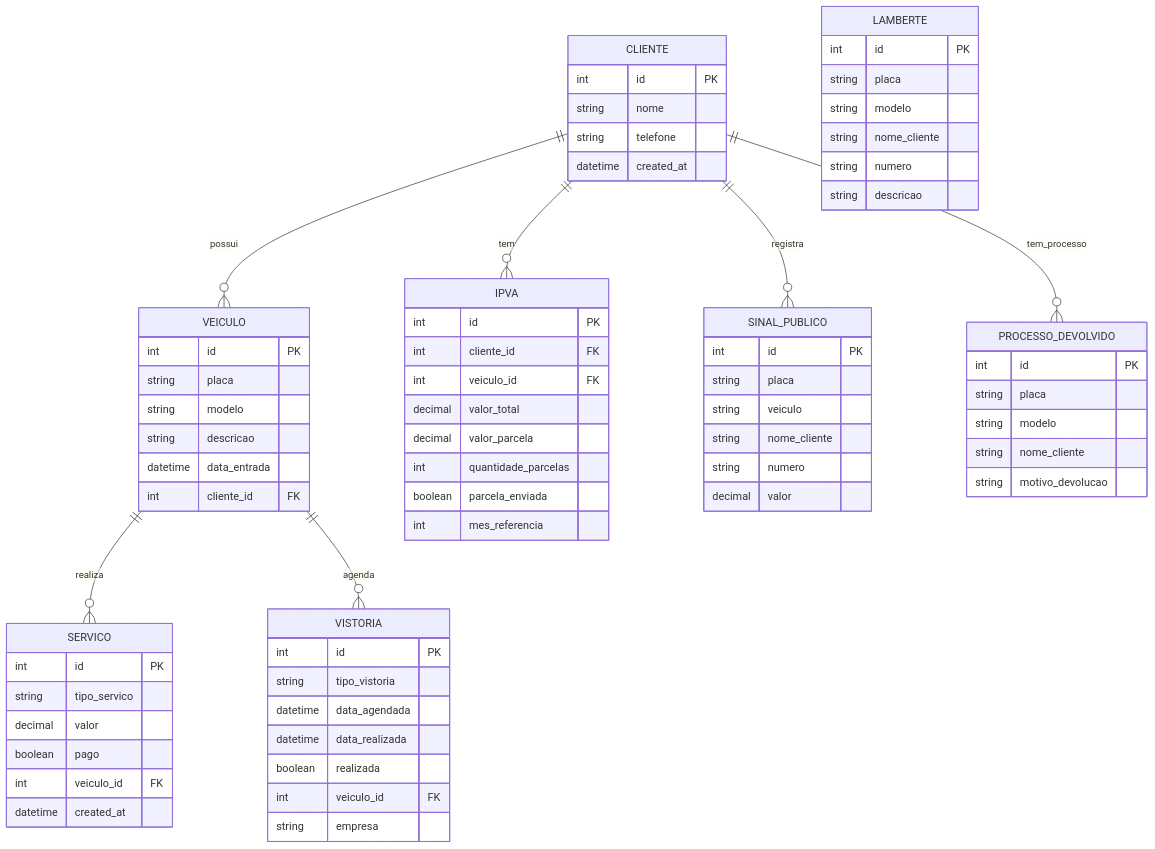
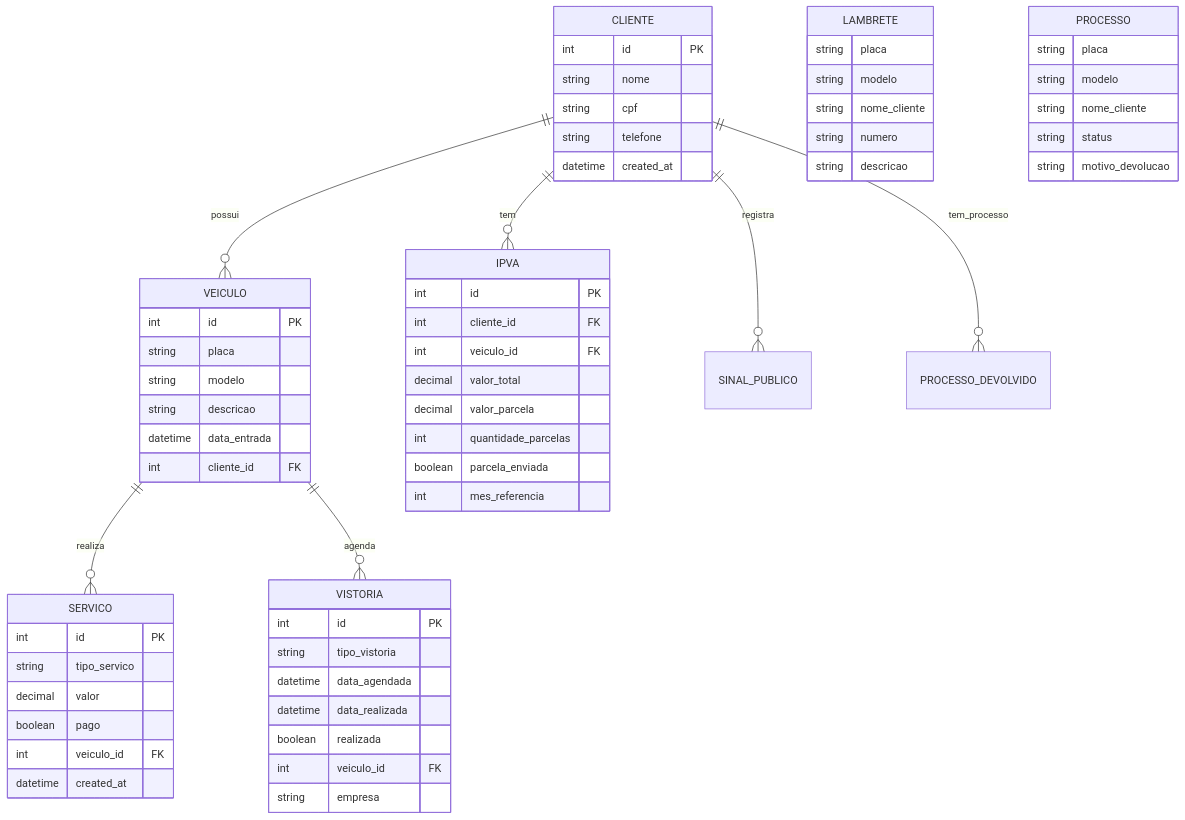
One commit to Annanicacio/Sistema-de-Gerenciamento changed the diagram in README.md. Above: the diagram before and after it, drawn with Mermaid.

````diff
--- a/README.md
+++ b/README.md
@@ -81,81 +81,75 @@
 ```mermaid
 erDiagram
     CLIENTE {
         int id PK
         string nome
+        string cpf 
         string telefone
         datetime created_at
     }
 
     VEICULO {
         int id PK
         string placa
         string modelo
         string descricao
         datetime data_entrada
         int cliente_id FK
     }
 
     SERVICO {
         int id PK
         string tipo_servico
         decimal valor
         boolean pago
         int veiculo_id FK
         datetime created_at
     }
 
     VISTORIA {
         int id PK
         string tipo_vistoria
         datetime data_agendada
         datetime data_realizada
         boolean realizada
         int veiculo_id FK
         string empresa
     }
 
     IPVA {
         int id PK
         int cliente_id FK
         int veiculo_id FK
         decimal valor_total
         decimal valor_parcela
         int quantidade_parcelas
         boolean parcela_enviada
         int mes_referencia
     }
 
-    LAMBERTE {
-        int id PK
+    LAMBRETE {
+        
         string placa
         string modelo
         string nome_cliente
         string numero
         string descricao
     }
 
-    SINAL_PUBLICO {
-        int id PK
-        string placa
-        string veiculo
-        string nome_cliente
-        string numero
-        decimal valor
-    }
 
-    PROCESSO_DEVOLVIDO {
-        int id PK
+    PROCESSO {
+        
         string placa
         string modelo
         string nome_cliente
+        string status
         string motivo_devolucao
     }
 
     CLIENTE ||--o{ VEICULO : possui
     CLIENTE ||--o{ IPVA : tem
     VEICULO ||--o{ SERVICO : realiza
     VEICULO ||--o{ VISTORIA : agenda
     CLIENTE ||--o{ SINAL_PUBLICO : registra
     CLIENTE ||--o{ PROCESSO_DEVOLVIDO : tem_processo
 ```
````
